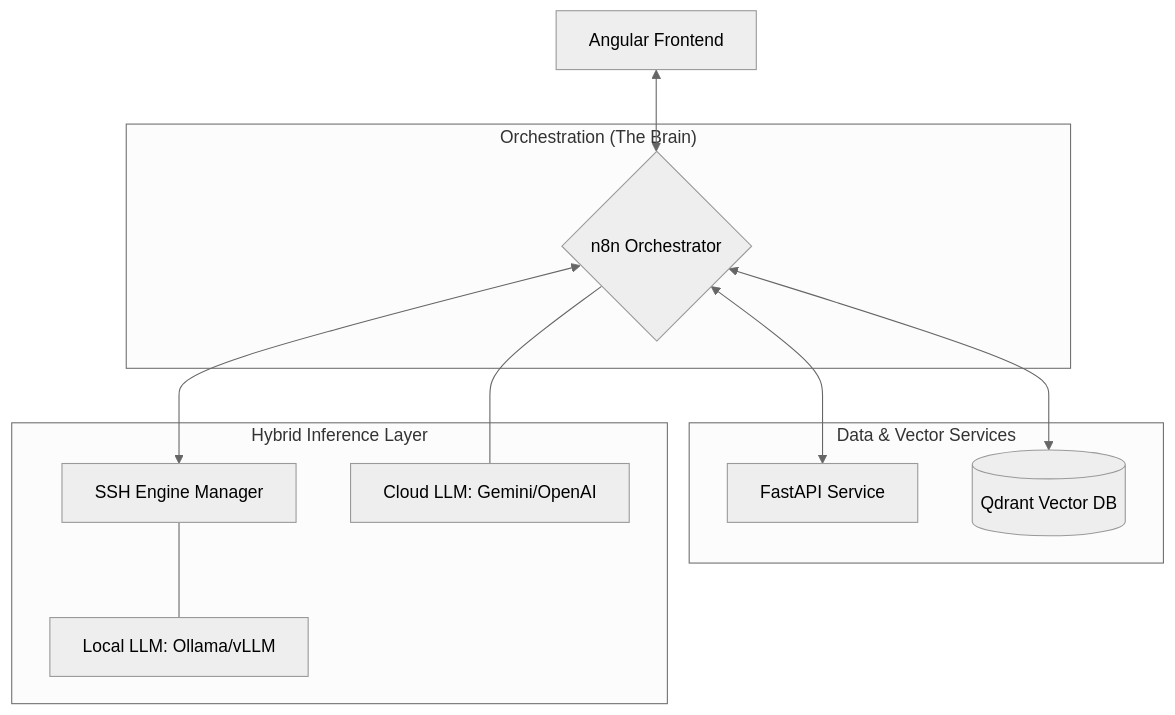
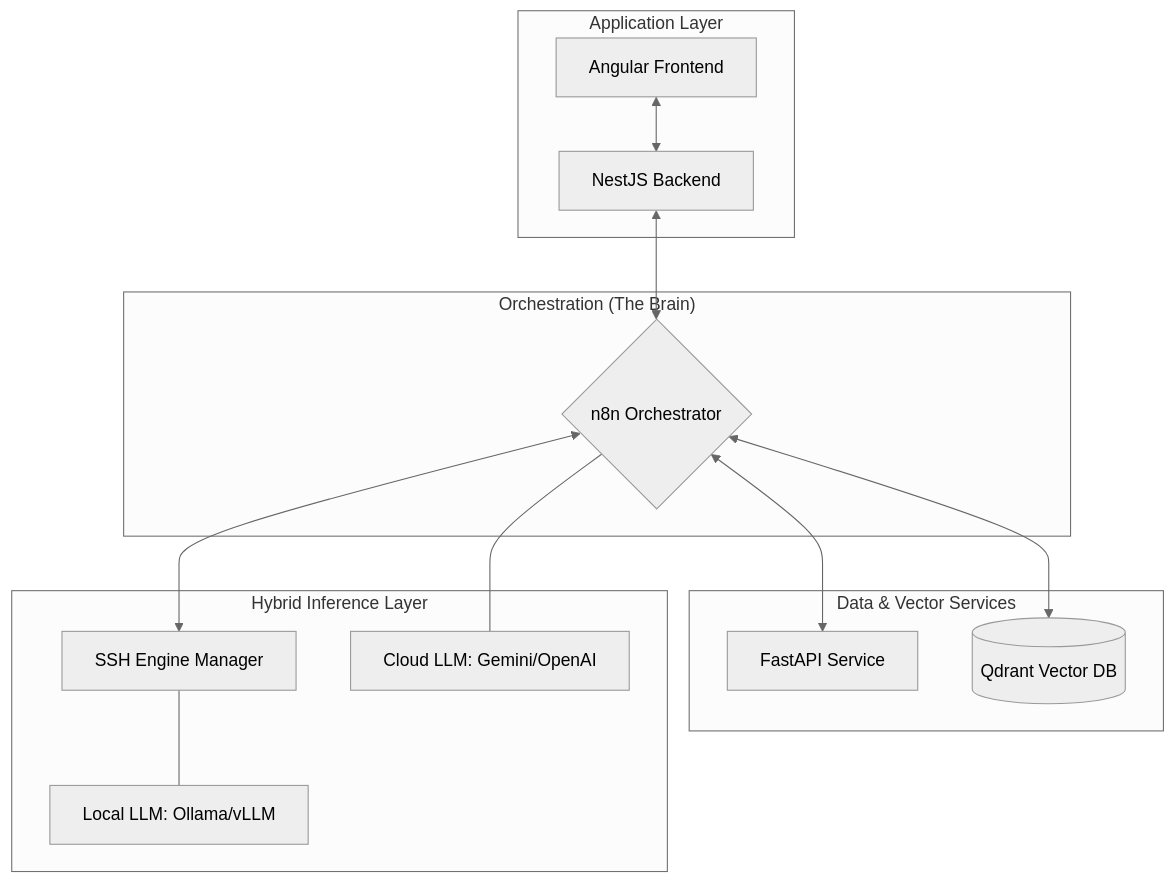
The first of 2 diagrams in README.md (msbragi/RAG-System-Dist), drawn with Mermaid (neutral theme) before and after one commit. The commit also changed other lines of this file, not shown here.

Commit message:
Added backend as proxy

````diff
--- a/README.md
+++ b/README.md
@@ -34,24 +34,30 @@
 ```mermaid
 graph TD
+subgraph "Application Layer"
+    FE[Angular Frontend]
+    BE[NestJS Backend]
+end
+
 subgraph "Orchestration (The Brain)"
     N8N{n8n Orchestrator}
 end
 
 subgraph "Data & Vector Services"
     FAST[FastAPI Service]
     QD[(Qdrant Vector DB)]
 end
 
 subgraph "Hybrid Inference Layer"
     SSH[SSH Engine Manager]
     LLM_EXT[Cloud LLM: Gemini/OpenAI]
     LLM_LOC[Local LLM: Ollama/vLLM]
 end
 
-FE[Angular Frontend] <--> N8N
+FE <--> BE
+BE <--> N8N
 N8N <--> FAST
 N8N <--> QD
 N8N <--> SSH
 SSH --- LLM_LOC
 N8N --- LLM_EXT
 ```
````
